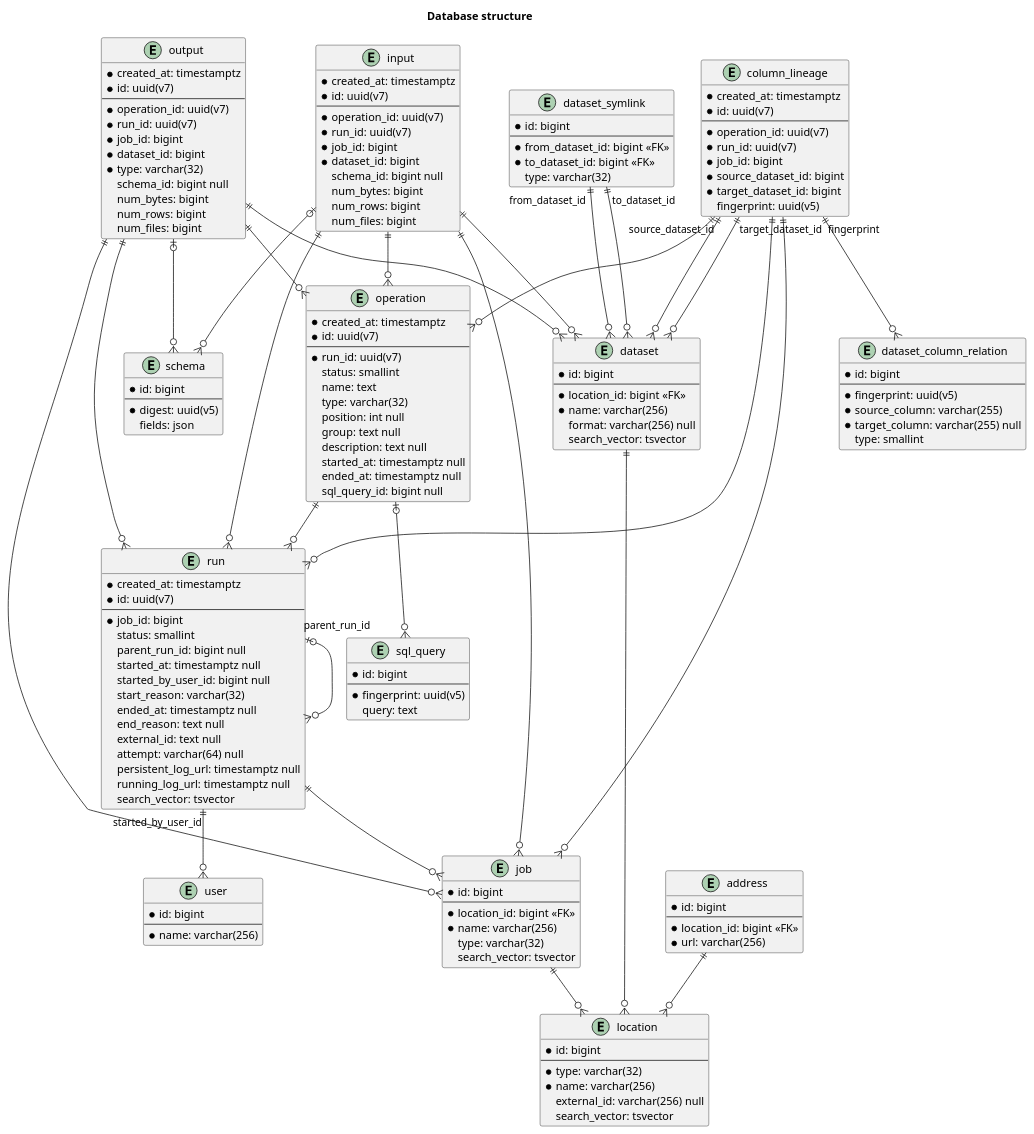
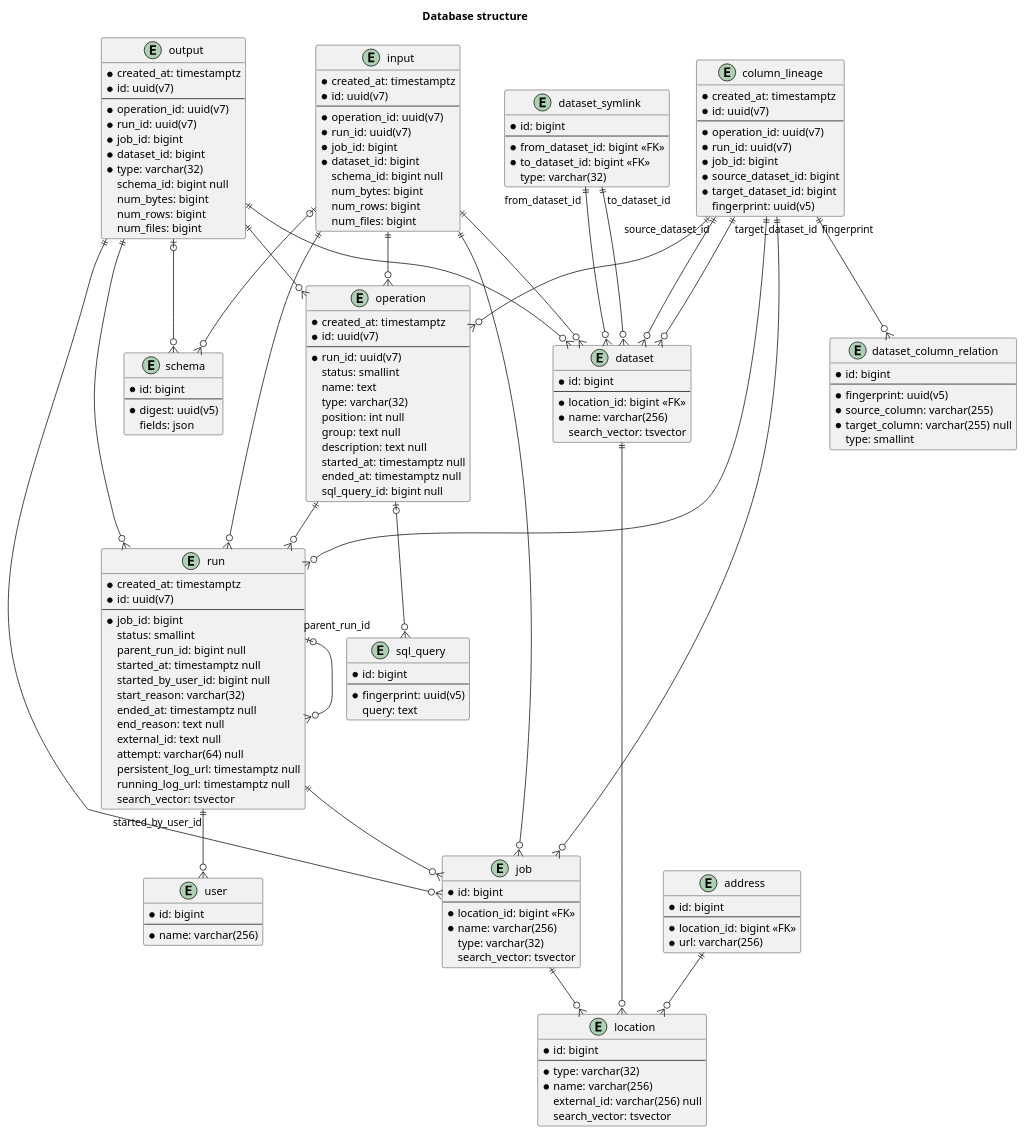
The diagram in docs/reference/database/structure.rst (MobileTeleSystems/data-rentgen), drawn with PlantUML before and after one commit. The commit also changed 12 other files, not shown here.

```diff
--- a/docs/reference/database/structure.rst
+++ b/docs/reference/database/structure.rst
@@ -37,7 +37,6 @@
         ----
         * location_id: bigint <<FK>>
         * name: varchar(256)
-        format: varchar(256) null
         search_vector: tsvector
     }
 
```
